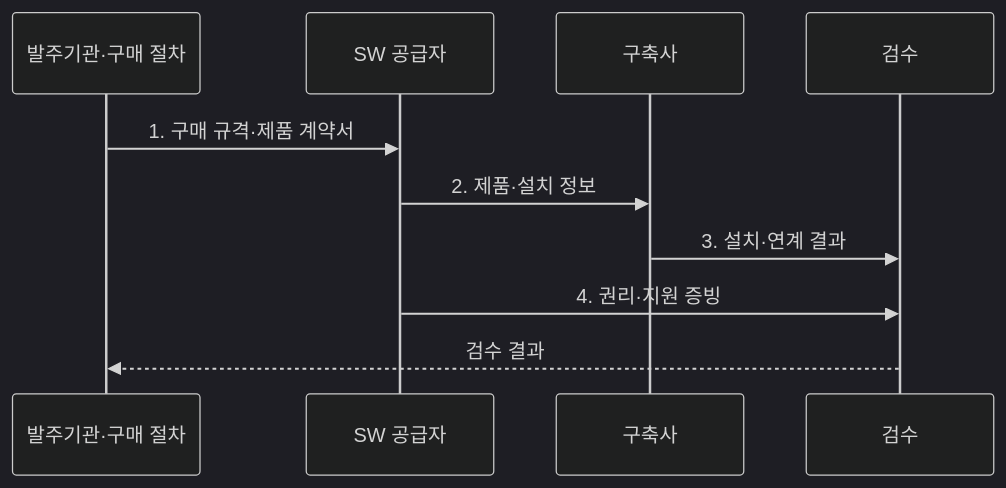
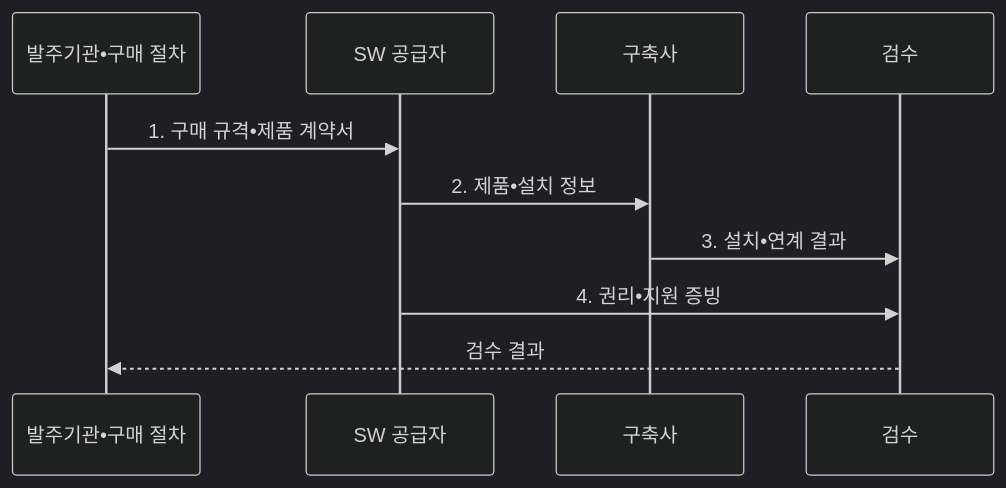
The second of 2 diagrams in src/content/docs/notes/03-software/193_sw_direct_purchase.md (agnusdei1207/knowledge-base), drawn with Mermaid (dark theme) before and after one commit. The commit also changed other lines of this file and 953 other files, not shown here.

````diff
--- a/src/content/docs/notes/03-software/193_sw_direct_purchase.md
+++ b/src/content/docs/notes/03-software/193_sw_direct_purchase.md
@@ -103,12 +103,12 @@
 ```mermaid
 sequenceDiagram
-    participant O as 발주기관·구매 절차
+    participant O as 발주기관•구매 절차
     participant S as SW 공급자
     participant I as 구축사
     participant A as 검수
-    O->>S: 1. 구매 규격·제품 계약서
-    S->>I: 2. 제품·설치 정보
-    I->>A: 3. 설치·연계 결과
-    S->>A: 4. 권리·지원 증빙
+    O->>S: 1. 구매 규격•제품 계약서
+    S->>I: 2. 제품•설치 정보
+    I->>A: 3. 설치•연계 결과
+    S->>A: 4. 권리•지원 증빙
     A-->>O: 검수 결과
 ```
````
